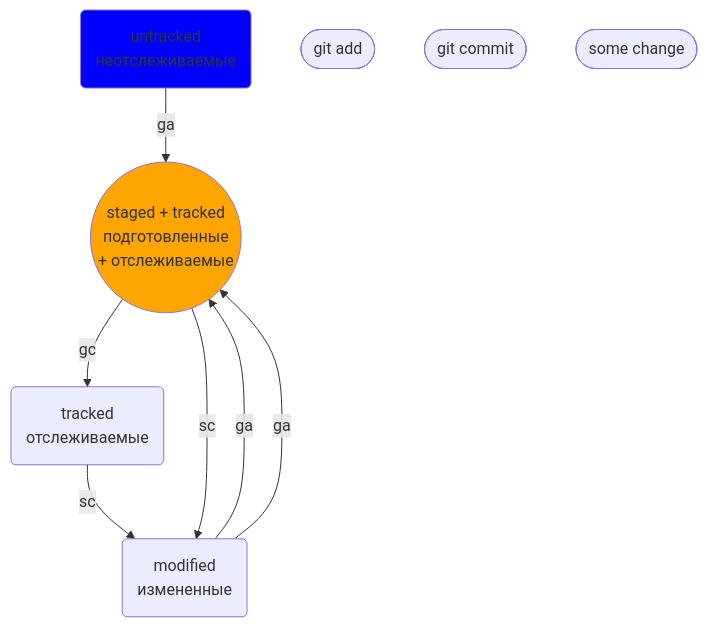
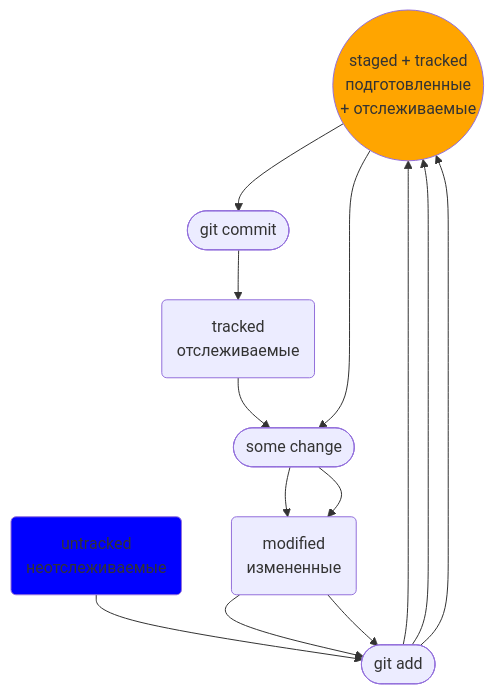
The diagram in README.md (AleksandrVakarin/GitInstructionMermaid), drawn with Mermaid before and after one commit.

````diff
--- a/README.md
+++ b/README.md
@@ -93,21 +93,21 @@
 ```mermaid
 flowchart TD;
 	
 	stgd((staged + tracked<br>подготовленные<br> + отслеживаемые))
 	mdf(modified<br>измененные)
 	untr(untracked<br>неотслеживаемые)
 	trcd(tracked<br>отслеживаемые)
 
 	ga([git add])
 	gc([git commit])
 	sc([some change])
 
 
-	untr-- ga -->stgd
-	mdf-- ga -->stgd-- gc -->trcd
-	trcd-- sc -->mdf-- ga --> stgd
-	stgd-- sc -->mdf
+	untr--> ga -->stgd
+	mdf--> ga -->stgd--> gc -->trcd
+	trcd--> sc -->mdf--> ga --> stgd
+	stgd--> sc -->mdf
 
 	style stgd fill: orange
 	style untr fill: blue
 ```
````
